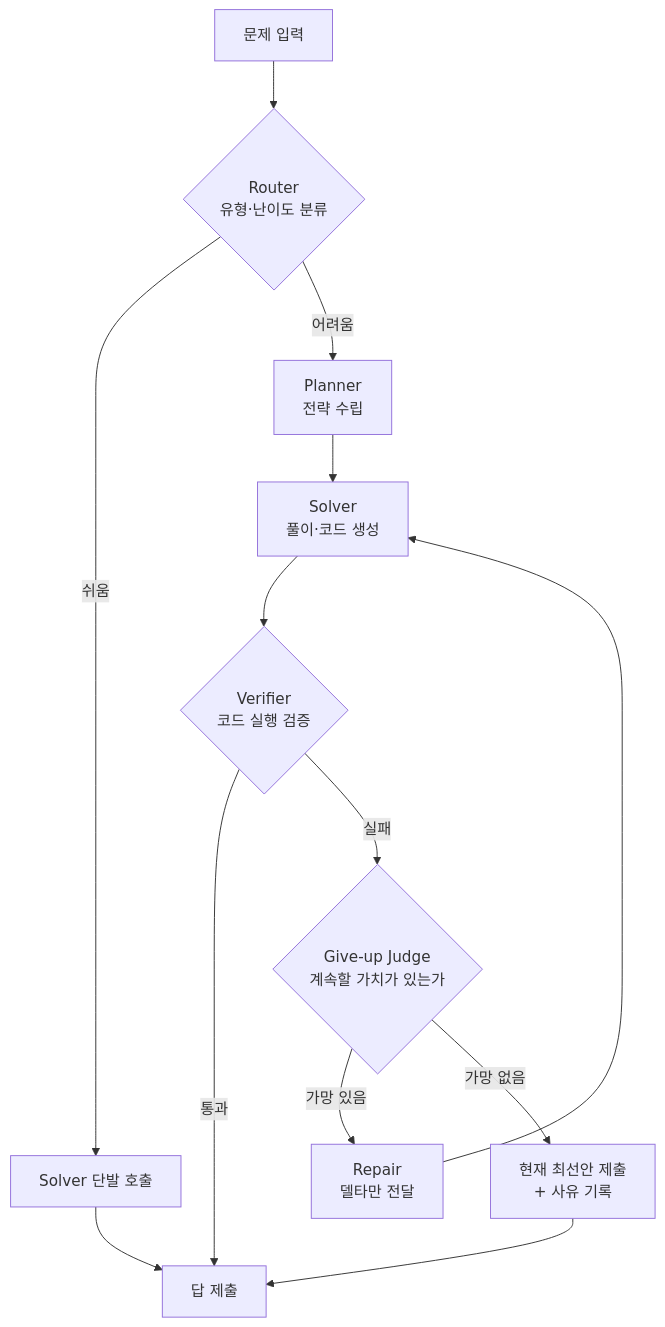
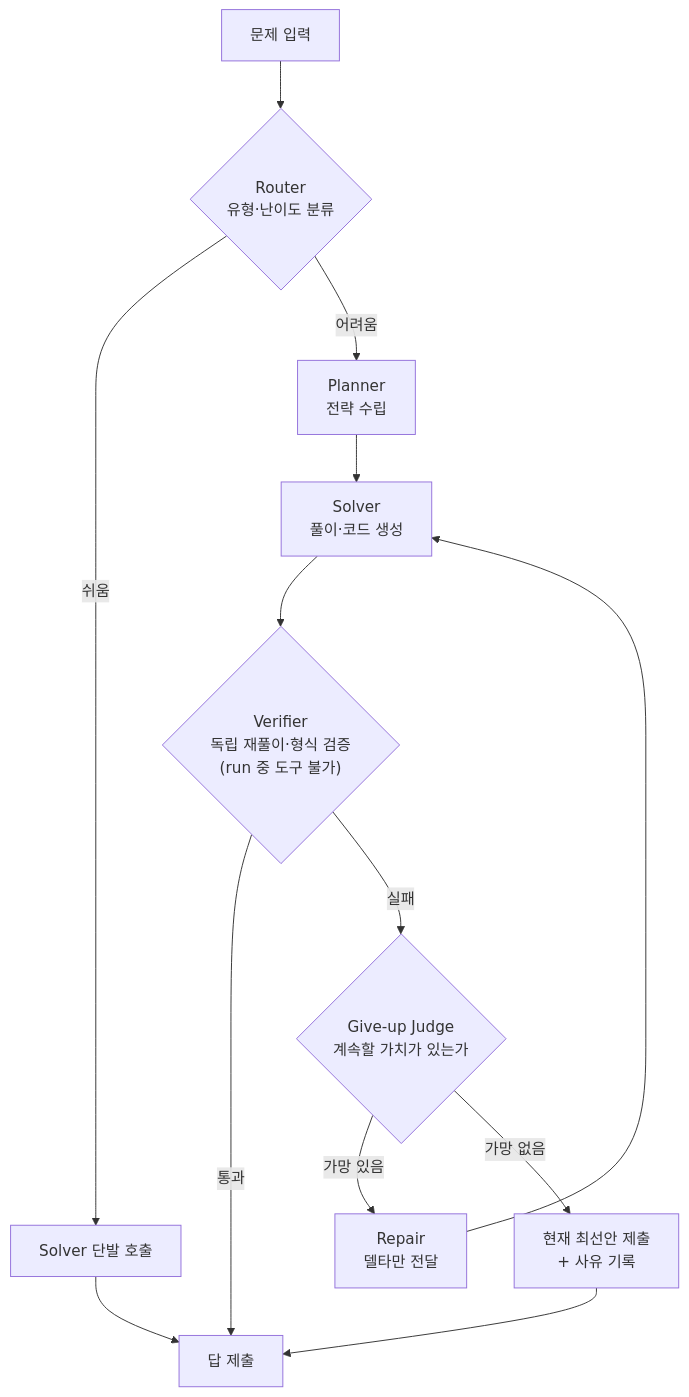
The second of 2 diagrams in content/track-strategy.md (jsonpassion/cp), drawn with Mermaid before and after one commit. The commit also changed other lines of this file and 2 other files, not shown here.

````diff
--- a/content/track-strategy.md
+++ b/content/track-strategy.md
@@ -46,12 +46,12 @@
 ```mermaid
 flowchart TD
     IN["문제 입력"] --> R{"Router<br/>유형·난이도 분류"}
     R -->|"쉬움"| S1["Solver 단발 호출"] --> OUT["답 제출"]
     R -->|"어려움"| P["Planner<br/>전략 수립"]
     P --> SV["Solver<br/>풀이·코드 생성"]
-    SV --> V{"Verifier<br/>코드 실행 검증"}
+    SV --> V{"Verifier<br/>독립 재풀이·형식 검증<br/>(run 중 도구 불가)"}
     V -->|"통과"| OUT
     V -->|"실패"| G{"Give-up Judge<br/>계속할 가치가 있는가"}
     G -->|"가망 있음"| REP["Repair<br/>델타만 전달"] --> SV
     G -->|"가망 없음"| BEST["현재 최선안 제출<br/>+ 사유 기록"] --> OUT
 ```
````
